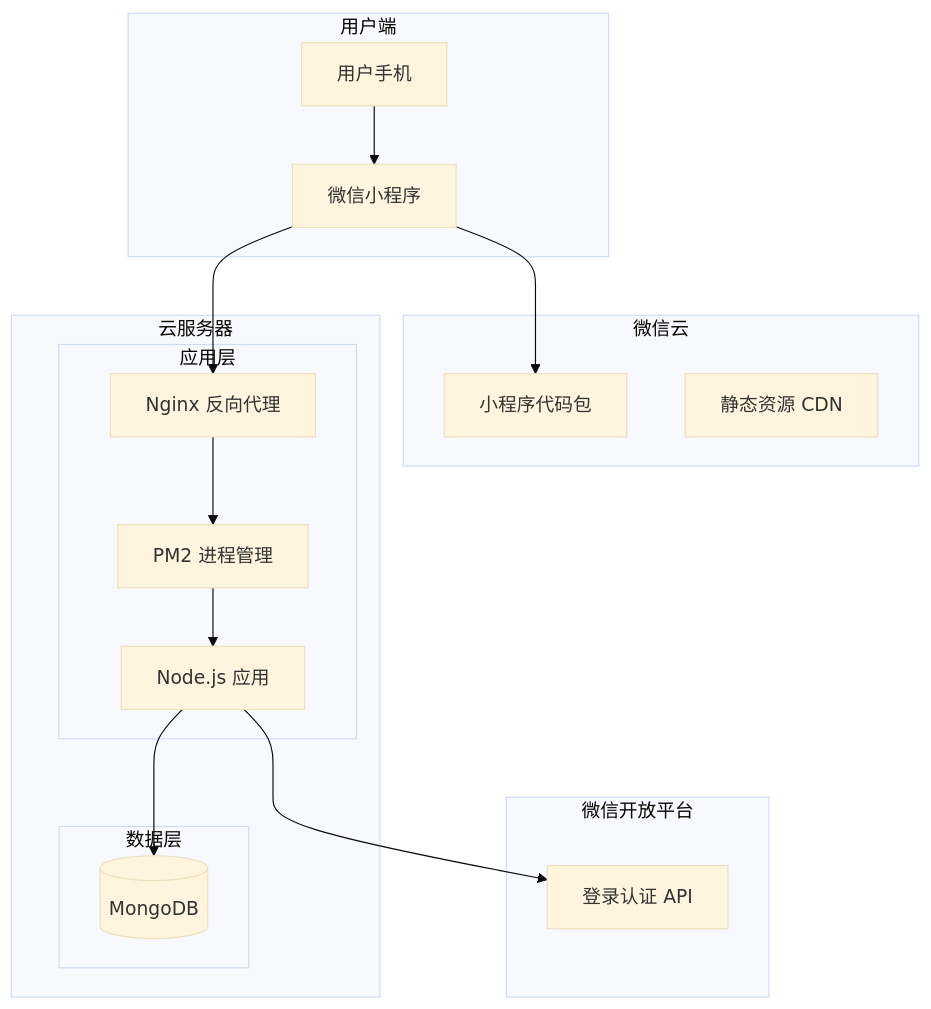
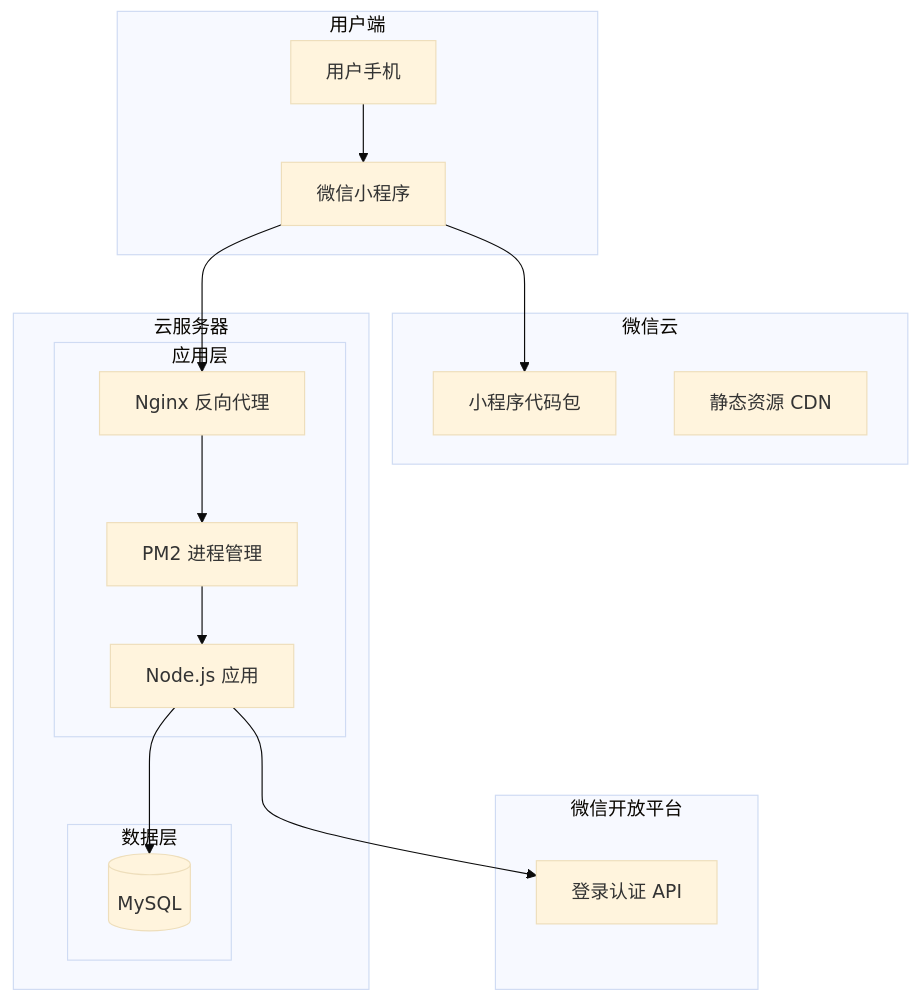
Before and after one commit to kindule/tinyhabits: diagram 15 of 18 in docs/architecture.md, drawn with Mermaid (base theme). The commit also changed other lines of this file and 10 other files, not shown here.

Commit message:
refactor: migrate from MongoDB to MySQL and update related configurations

````diff
--- a/docs/architecture.md
+++ b/docs/architecture.md
@@ -1129,36 +1129,36 @@
 ```mermaid
 graph TB
     subgraph "用户端"
         U[用户手机]
         MP[微信小程序]
     end
 
     subgraph "微信云"
         WX_MP[小程序代码包]
         WX_CDN[静态资源 CDN]
     end
 
     subgraph "云服务器"
         subgraph "应用层"
             NGINX[Nginx 反向代理]
             PM2[PM2 进程管理]
             APP[Node.js 应用]
         end
 
         subgraph "数据层"
-            MONGO[(MongoDB)]
+            MYSQL_DB[(MySQL)]
         end
     end
 
     subgraph "微信开放平台"
         WX_API[登录认证 API]
     end
 
     U --> MP
     MP --> WX_MP
     MP --> NGINX
     NGINX --> PM2
     PM2 --> APP
-    APP --> MONGO
+    APP --> MYSQL_DB
     APP --> WX_API
 ```
````
